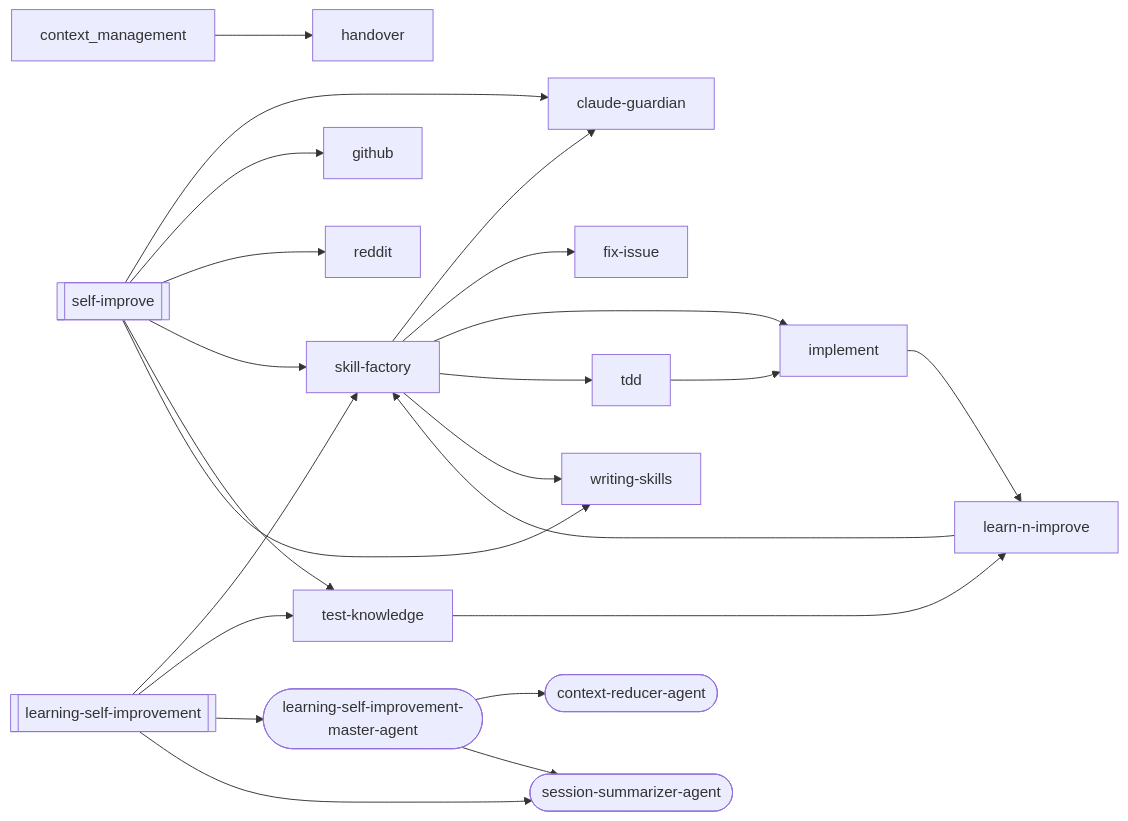
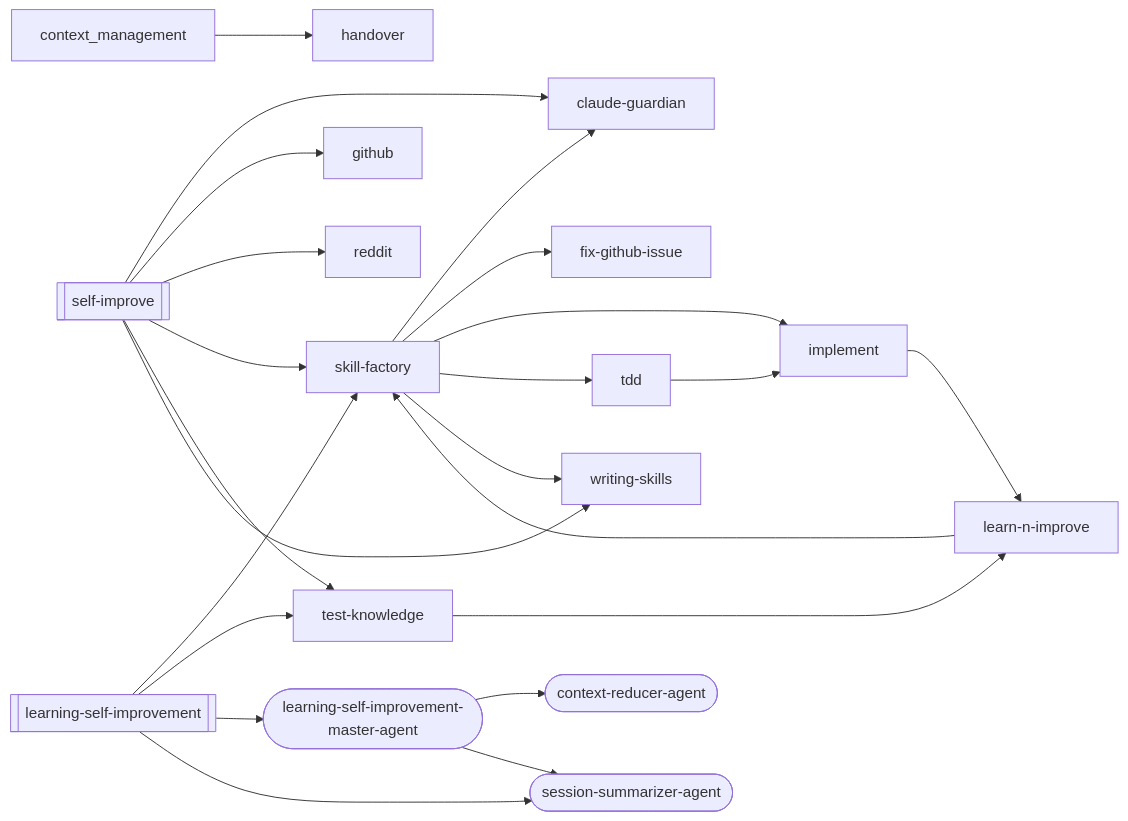
The third of 19 diagrams in docs/workflows/learning-self-improvement.md (abhayla/claude-best-practices), drawn with Mermaid before and after one commit. The commit also changed other lines of this file and 153 other files, not shown here.

````diff
--- a/docs/workflows/learning-self-improvement.md
+++ b/docs/workflows/learning-self-improvement.md
@@ -335,41 +339,41 @@
 ```mermaid
 graph LR
     learning_self_improvement[["learning-self-improvement"]]
     self_improve[["self-improve"]]
     claude_guardian["claude-guardian"]
     context_reducer_agent(["context-reducer-agent"])
-    fix_issue["fix-issue"]
+    fix_github_issue["fix-github-issue"]
     github["github"]
     handover["handover"]
     implement["implement"]
     learn_n_improve["learn-n-improve"]
     learning_self_improvement_master_agent(["learning-self-improvement-master-agent"])
     reddit["reddit"]
     session_summarizer_agent(["session-summarizer-agent"])
     skill_factory["skill-factory"]
     tdd["tdd"]
     test_knowledge["test-knowledge"]
     writing_skills["writing-skills"]
     implement --> learn_n_improve
     learn_n_improve --> skill_factory
     learning_self_improvement --> skill_factory
     learning_self_improvement --> test_knowledge
     learning_self_improvement --> learning_self_improvement_master_agent
     learning_self_improvement --> session_summarizer_agent
     skill_factory --> claude_guardian
-    skill_factory --> fix_issue
+    skill_factory --> fix_github_issue
     skill_factory --> implement
     skill_factory --> tdd
     skill_factory --> writing_skills
     tdd --> implement
     test_knowledge --> learn_n_improve
     self_improve --> claude_guardian
     self_improve --> github
     self_improve --> reddit
     self_improve --> skill_factory
     self_improve --> test_knowledge
     self_improve --> writing_skills
     learning_self_improvement_master_agent --> context_reducer_agent
     learning_self_improvement_master_agent --> session_summarizer_agent
     context_management --> handover
 ```
````
